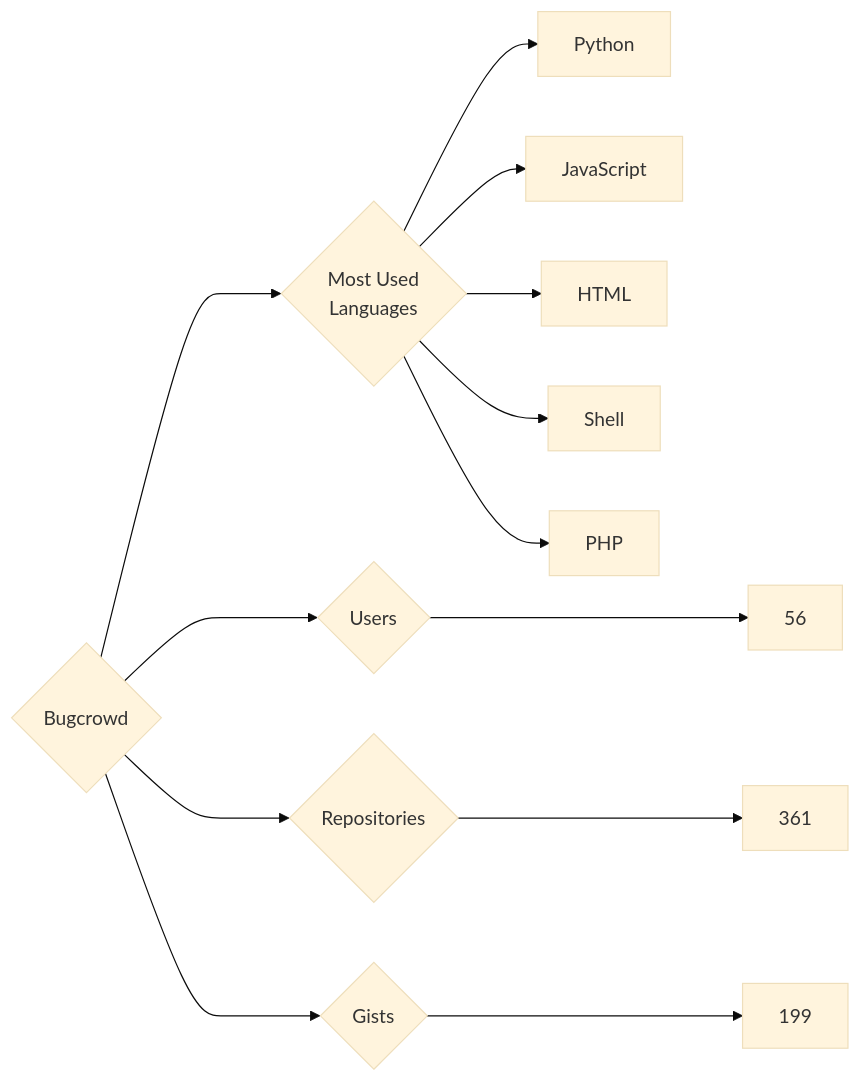
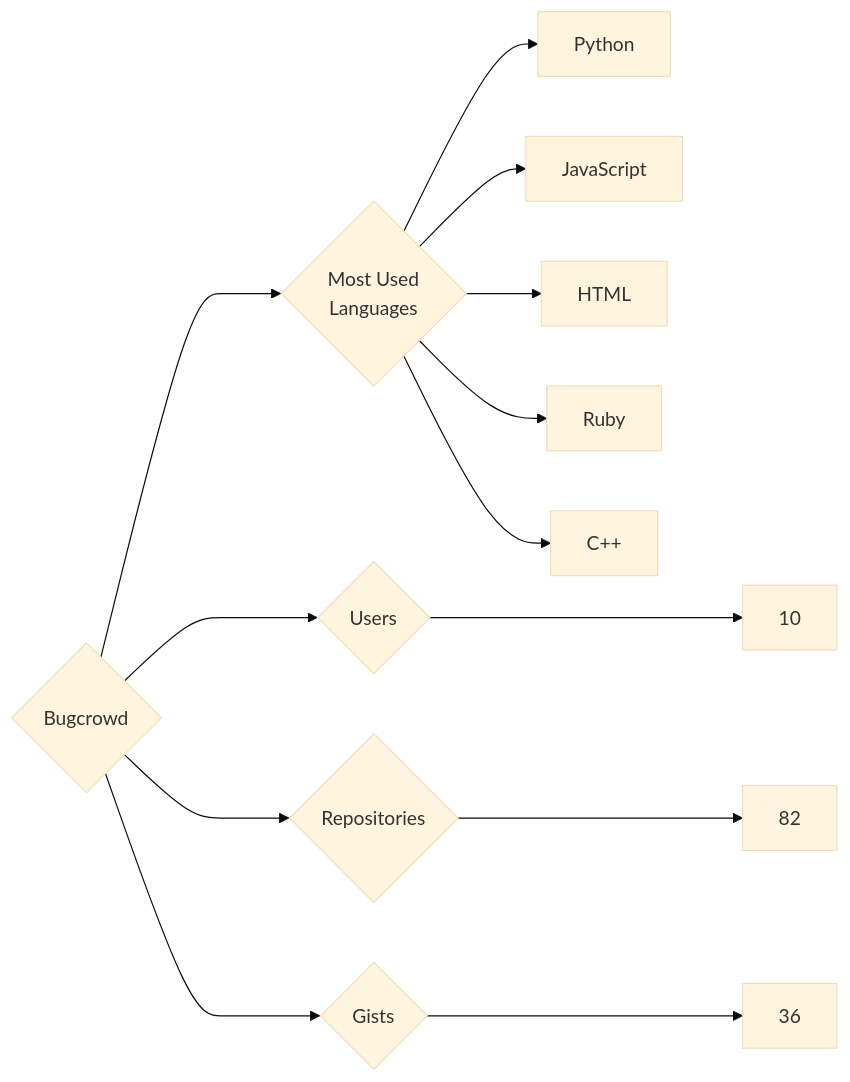
Before and after one commit to trickest/insiders: the diagram in targets/Bugcrowd/README.md, drawn with Mermaid (base theme). The commit also changed 899 other files, not shown here.

````diff
--- a/targets/Bugcrowd/README.md
+++ b/targets/Bugcrowd/README.md
@@ -3,13 +3,13 @@
 ```mermaid
 graph LR
 COMPANY_NAME{Bugcrowd}
-COMPANY_NAME ---> U{Users} ---> UN[56]
-COMPANY_NAME ---> R{Repositories} ---> RN[361]
-COMPANY_NAME ---> G{Gists} ---> GN[199]
+COMPANY_NAME ---> U{Users} ---> UN[10]
+COMPANY_NAME ---> R{Repositories} ---> RN[82]
+COMPANY_NAME ---> G{Gists} ---> GN[36]
 COMPANY_NAME ---> ML{Most Used<br>Languages}
 ML --> Python[Python]
 ML --> JavaScript[JavaScript]
 ML --> HTML[HTML]
-ML --> Shell[Shell]
-ML --> PHP[PHP]
+ML --> Ruby[Ruby]
+ML --> C++[C++]
 ```
````
